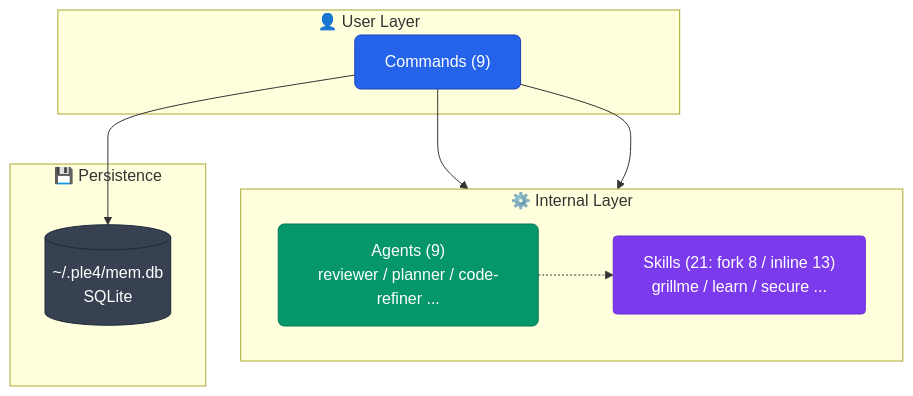
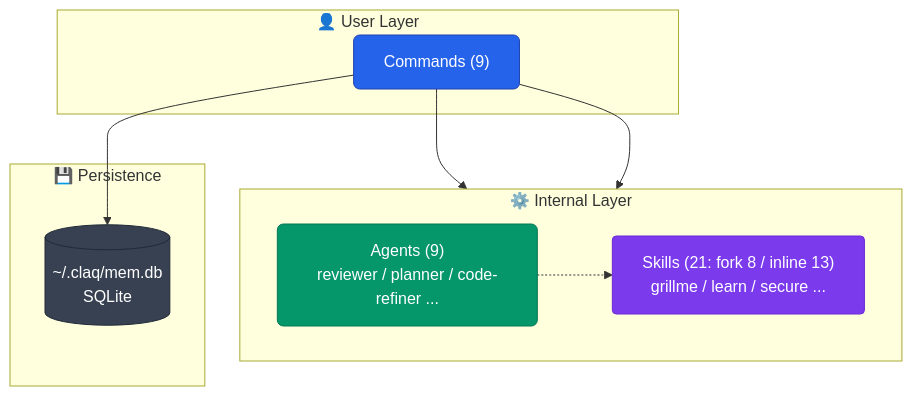
Diagram 12 of 12 in README.md (aokumablue/claq), drawn with Mermaid before and after one commit. The commit also changed other lines of this file and 337 other files, not shown here.

````diff
--- a/README.md
+++ b/README.md
@@ -520,26 +520,26 @@
 ```mermaid
 flowchart TB
   classDef cmd    fill:#2563eb,stroke:#1e40af,color:#fff,rx:6
   classDef agent  fill:#059669,stroke:#047857,color:#fff,rx:6
   classDef skill  fill:#7c3aed,stroke:#6d28d9,color:#fff,rx:4
   classDef store  fill:#374151,stroke:#1f2937,color:#fff,rx:4
 
   subgraph user["👤 User Layer"]
     CMD["Commands (9)"]:::cmd
   end
 
   subgraph internal["⚙️ Internal Layer"]
     direction LR
     AGT["Agents (9)<br/>reviewer / planner / code-refiner ..."]:::agent
     SKL["Skills (21: fork 8 / inline 13)<br/>grillme / learn / secure ..."]:::skill
   end
 
   subgraph persistence["💾 Persistence"]
-    DB[("~/.ple4/mem.db<br/>SQLite")]:::store
+    DB[("~/.claq/mem.db<br/>SQLite")]:::store
   end
 
   CMD --> AGT
   CMD --> SKL
   AGT -.-> SKL
   CMD --> DB
 ```
````
